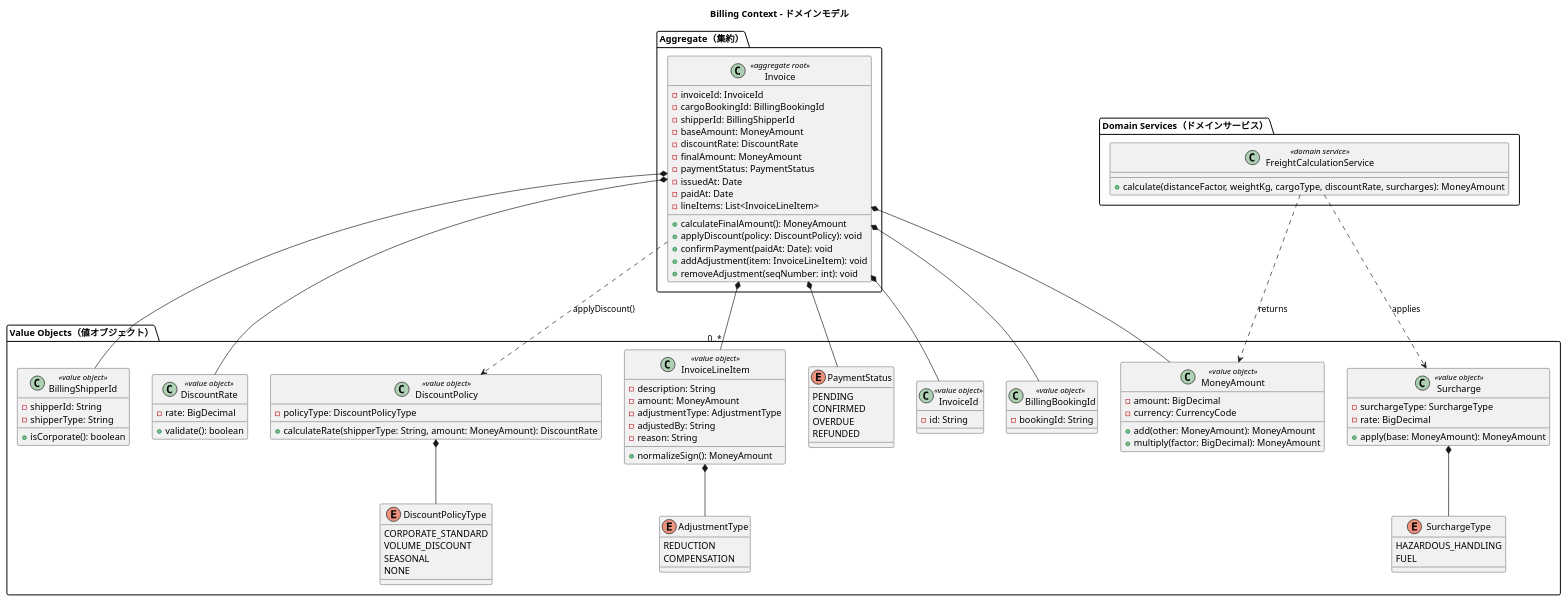
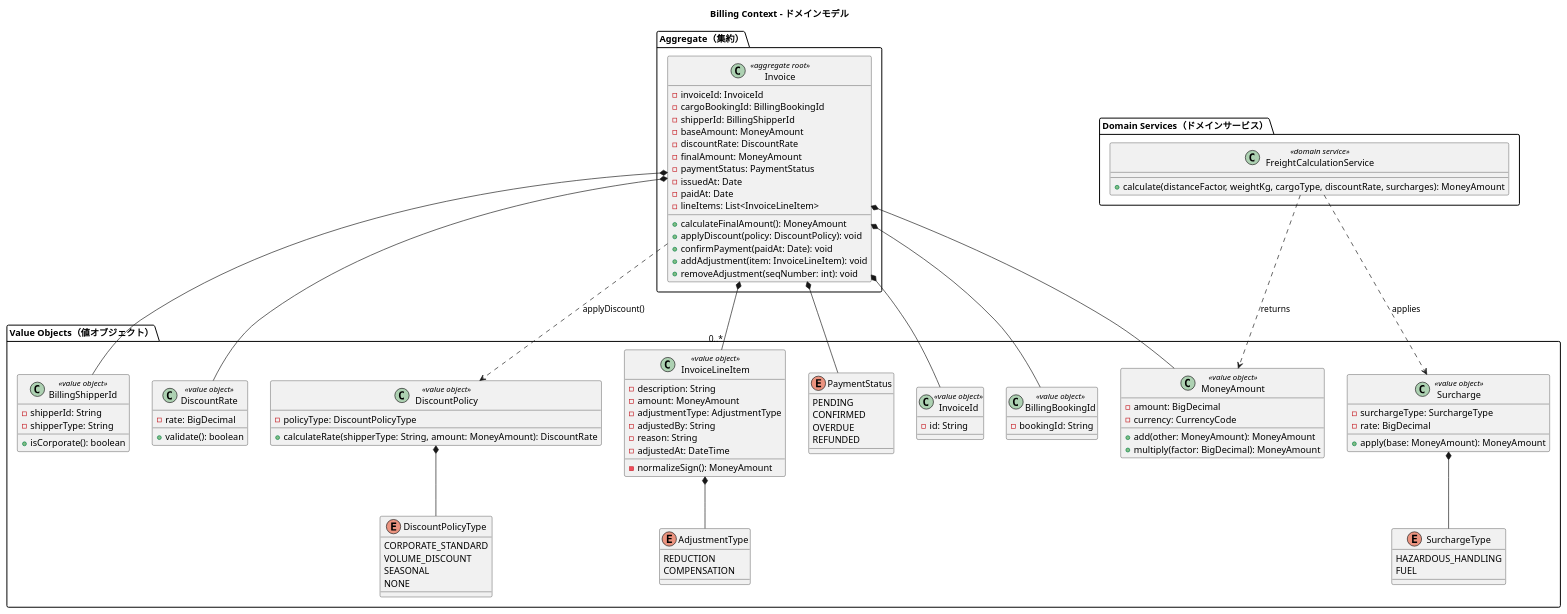
One commit to k2works/case-study-cargo-tracker changed the eighth of 12 diagrams in docs/design/domain-model.md. Above: the diagram before and after it, drawn with PlantUML. The commit also changed 18 other files, not shown here.

```diff
--- a/docs/design/domain-model.md
+++ b/docs/design/domain-model.md
@@ -1147,7 +1147,8 @@
     -adjustmentType: AdjustmentType
     -adjustedBy: String
     -reason: String
-    +normalizeSign(): MoneyAmount
+    -adjustedAt: DateTime
+    -normalizeSign(): MoneyAmount
   }
   enum AdjustmentType {
     REDUCTION
```
